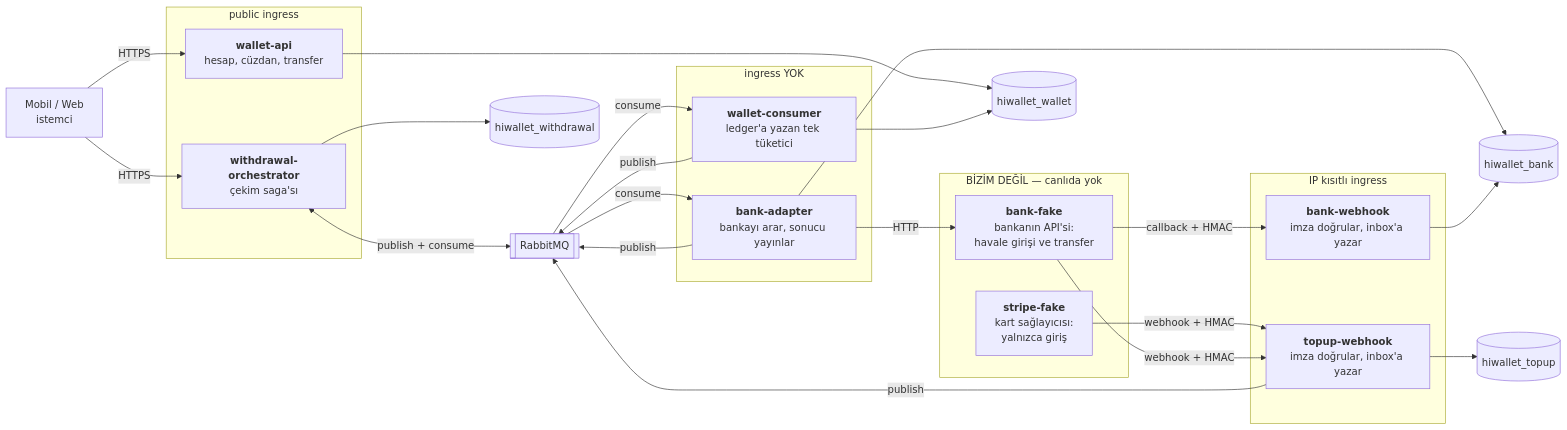
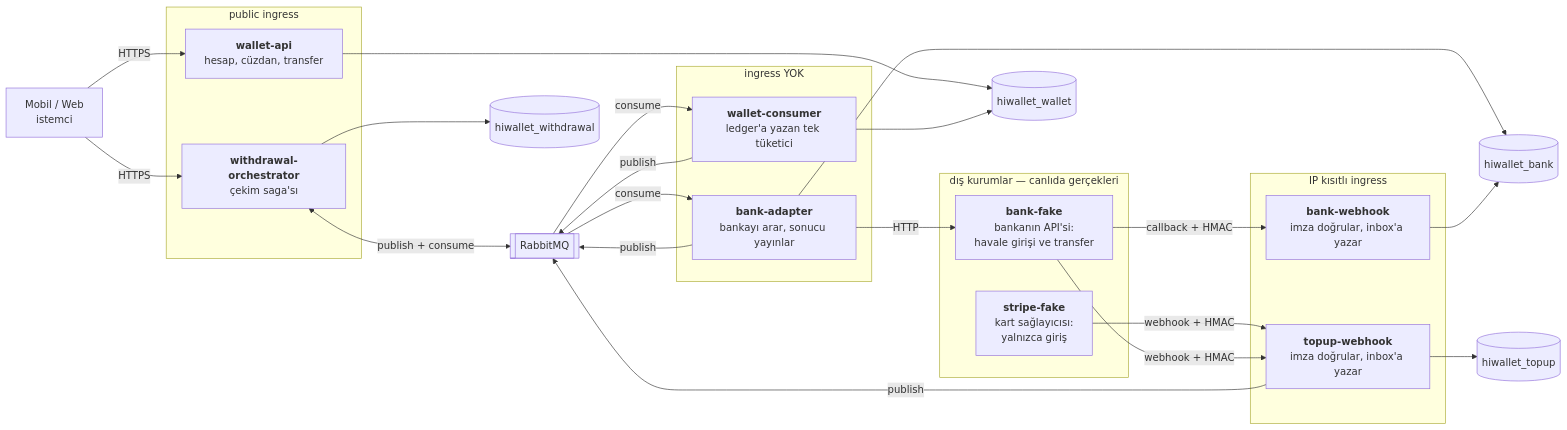
Before and after one commit to firate/HiWallet: the first of 4 diagrams in docs/architecture.md, drawn with Mermaid. The commit also changed other lines of this file, not shown here.

First line of the commit message:
docs(architecture): kalan karşıtlık ve vurgu kalıpları temizlendi

````diff
--- a/docs/architecture.md
+++ b/docs/architecture.md
@@ -13,53 +13,53 @@
 ```mermaid
 flowchart LR
     client["Mobil / Web<br/>istemci"]
 
     subgraph public["public ingress"]
         api["<b>wallet-api</b><br/>hesap, cüzdan, transfer"]
         orch["<b>withdrawal-orchestrator</b><br/>çekim saga'sı"]
     end
 
     subgraph restricted["IP kısıtlı ingress"]
         hook["<b>topup-webhook</b><br/>imza doğrular, inbox'a yazar"]
         bhook["<b>bank-webhook</b><br/>imza doğrular, inbox'a yazar"]
     end
 
     subgraph noingress["ingress YOK"]
         consumer["<b>wallet-consumer</b><br/>ledger'a yazan tek tüketici"]
         adapter["<b>bank-adapter</b><br/>bankayı arar, sonucu yayınlar"]
     end
 
-    subgraph outside["BİZİM DEĞİL — canlıda yok"]
+    subgraph outside["dış kurumlar — canlıda gerçekleri"]
         bank["<b>bank-fake</b><br/>bankanın API'si:<br/>havale girişi ve transfer"]
         stripe["<b>stripe-fake</b><br/>kart sağlayıcısı:<br/>yalnızca giriş"]
     end
 
     mq[["RabbitMQ"]]
 
     wdb[("hiwallet_wallet")]
     tdb[("hiwallet_topup")]
     odb[("hiwallet_withdrawal")]
     bdb[("hiwallet_bank")]
 
     client -->|HTTPS| api
     client -->|HTTPS| orch
     stripe -->|"webhook + HMAC"| hook
     bank -->|"webhook + HMAC"| hook
     bank -->|"callback + HMAC"| bhook
 
     api --> wdb
     consumer --> wdb
     hook --> tdb
     orch --> odb
     adapter --> bdb
     bhook --> bdb
 
     adapter -->|"HTTP"| bank
 
     hook -->|publish| mq
     orch <-->|"publish + consume"| mq
     mq -->|consume| consumer
     consumer -->|publish| mq
     mq -->|consume| adapter
     adapter -->|publish| mq
 ```
````
